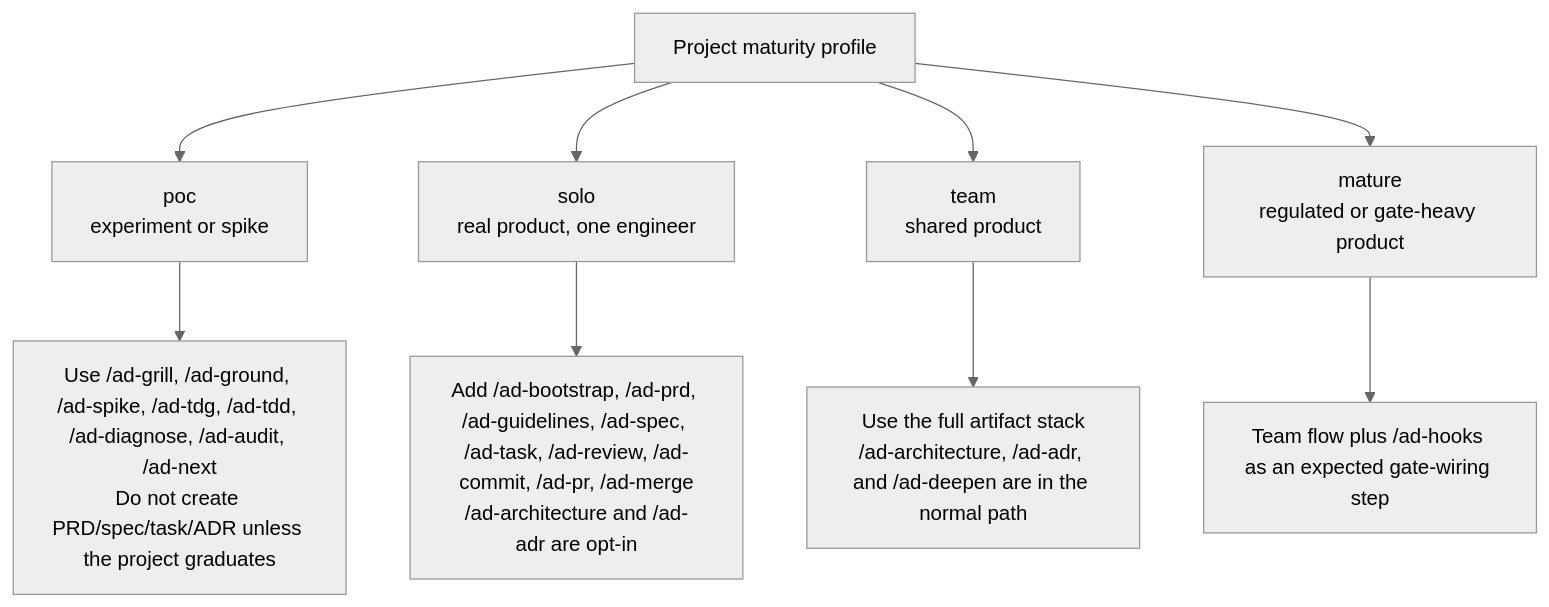
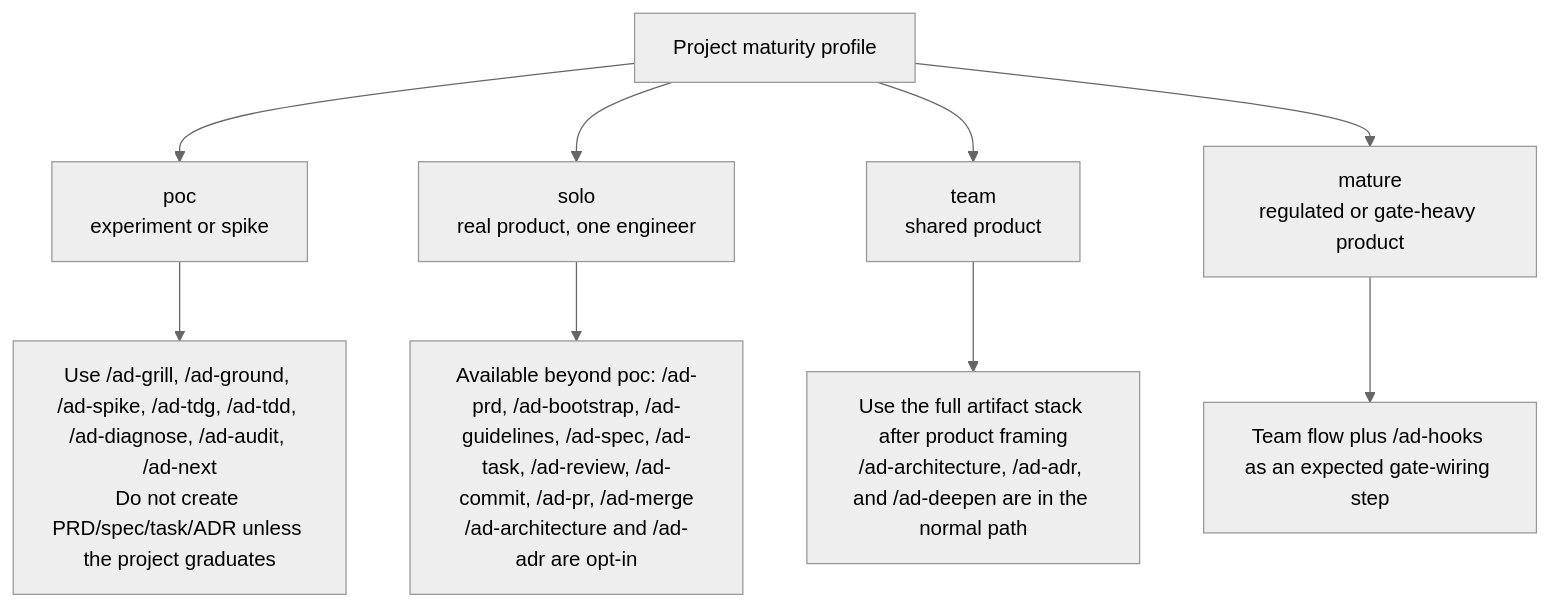
The second of 10 diagrams in WORKFLOW-FLOWS.md (alexandremendoncaalvaro/agentic-development), drawn with Mermaid (neutral theme) before and after one commit. The commit also changed other lines of this file and 46 other files, not shown here.

````diff
--- a/WORKFLOW-FLOWS.md
+++ b/WORKFLOW-FLOWS.md
@@ -52,22 +52,22 @@
 ```mermaid
 flowchart TD
     Work["Project maturity profile"]
     Poc["poc<br>experiment or spike"]
     Solo["solo<br>real product, one engineer"]
     Team["team<br>shared product"]
     Mature["mature<br>regulated or gate-heavy product"]
 
     PocFlow["Use /ad-grill, /ad-ground, /ad-spike, /ad-tdg, /ad-tdd, /ad-diagnose, /ad-audit, /ad-next<br>Do not create PRD/spec/task/ADR unless the project graduates"]
-    SoloFlow["Add /ad-bootstrap, /ad-prd, /ad-guidelines, /ad-spec, /ad-task, /ad-review, /ad-commit, /ad-pr, /ad-merge<br>/ad-architecture and /ad-adr are opt-in"]
-    TeamFlow["Use the full artifact stack<br>/ad-architecture, /ad-adr, and /ad-deepen are in the normal path"]
+    SoloFlow["Available beyond poc: /ad-prd, /ad-bootstrap, /ad-guidelines, /ad-spec, /ad-task, /ad-review, /ad-commit, /ad-pr, /ad-merge<br>/ad-architecture and /ad-adr are opt-in"]
+    TeamFlow["Use the full artifact stack after product framing<br>/ad-architecture, /ad-adr, and /ad-deepen are in the normal path"]
     MatureFlow["Team flow plus /ad-hooks as an expected gate-wiring step"]
 
     Work --> Poc
     Work --> Solo
     Work --> Team
     Work --> Mature
     Poc --> PocFlow
     Solo --> SoloFlow
     Team --> TeamFlow
     Mature --> MatureFlow
 ```
````
